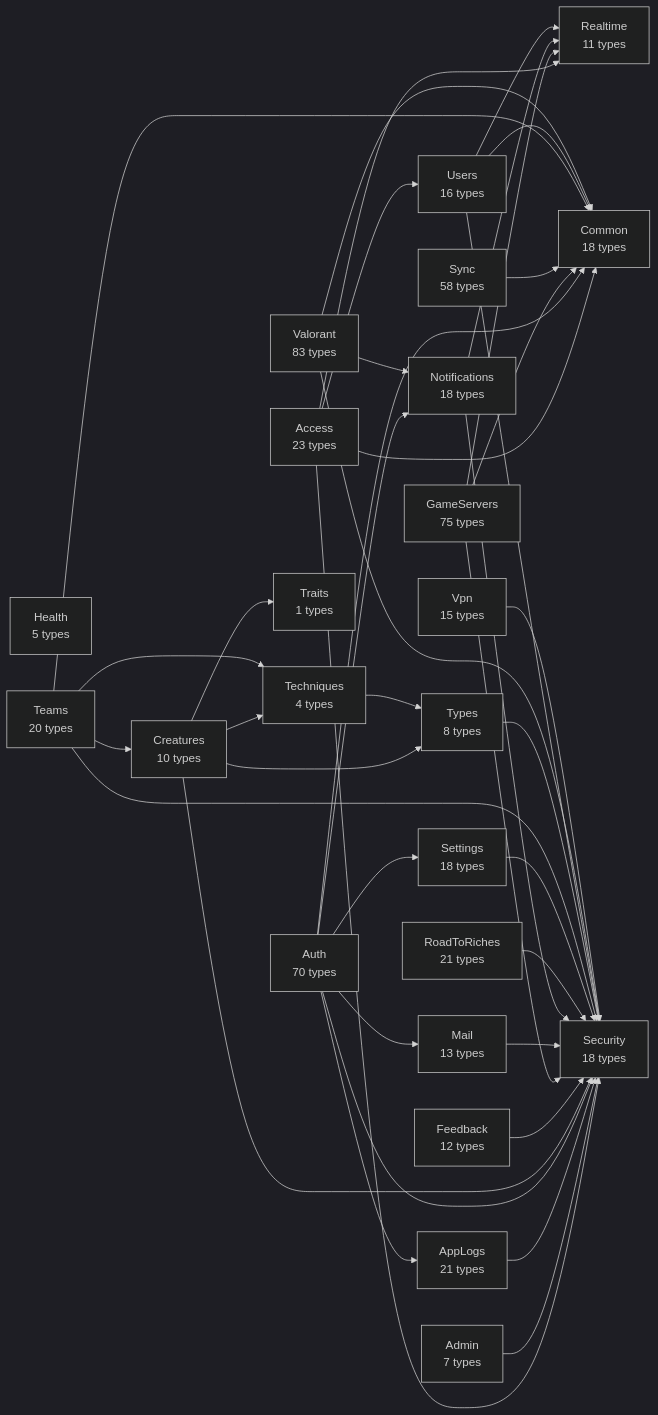
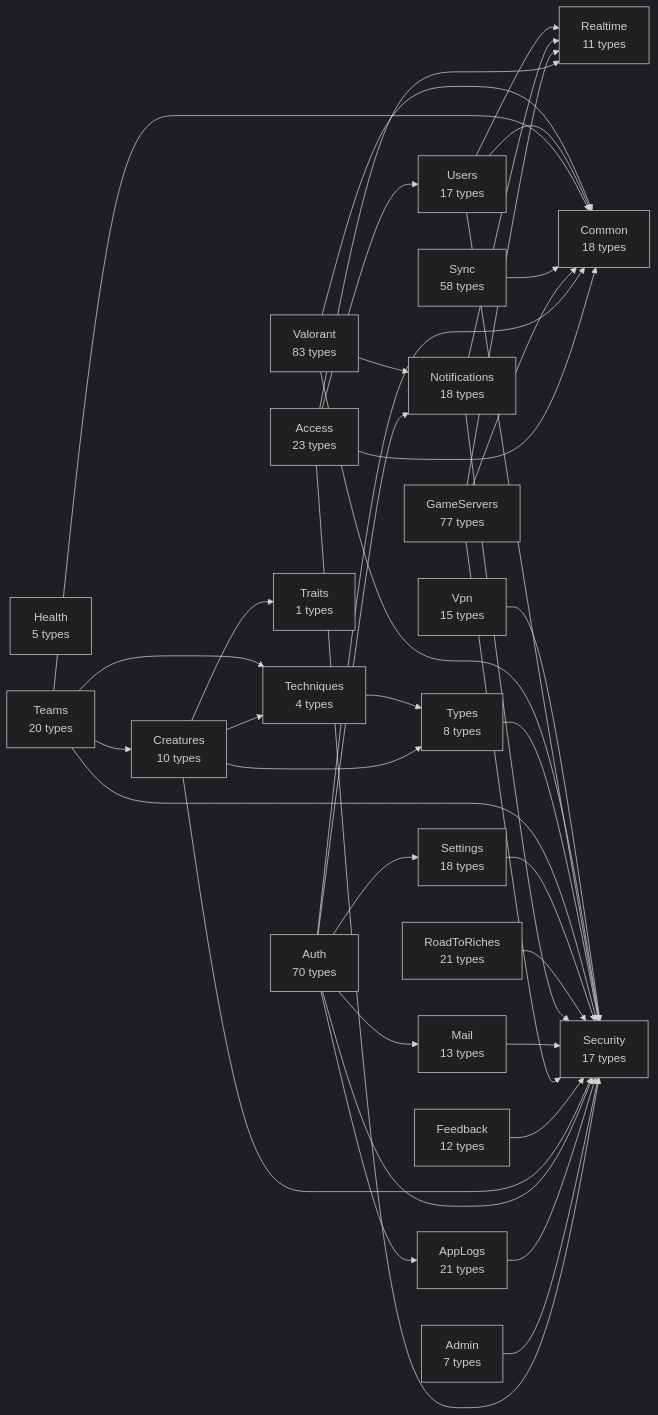
The diagram in api/docs/diagrams/00-modules.md (huiitre/Tools-app), drawn with Mermaid (dark theme) before and after one commit. The commit also changed 42 other files, not shown here.

````diff
--- a/api/docs/diagrams/00-modules.md
+++ b/api/docs/diagrams/00-modules.md
@@ -5,65 +5,65 @@
 ```mermaid
 flowchart LR
   Access["Access<br/>23 types"]
   Admin["Admin<br/>7 types"]
   AppLogs["AppLogs<br/>21 types"]
   Auth["Auth<br/>70 types"]
   Common["Common<br/>18 types"]
   Creatures["Creatures<br/>10 types"]
   Feedback["Feedback<br/>12 types"]
-  GameServers["GameServers<br/>75 types"]
+  GameServers["GameServers<br/>77 types"]
   Health["Health<br/>5 types"]
   Mail["Mail<br/>13 types"]
   Notifications["Notifications<br/>18 types"]
   Realtime["Realtime<br/>11 types"]
   RoadToRiches["RoadToRiches<br/>21 types"]
-  Security["Security<br/>18 types"]
+  Security["Security<br/>17 types"]
   Settings["Settings<br/>18 types"]
   Sync["Sync<br/>58 types"]
   Teams["Teams<br/>20 types"]
   Techniques["Techniques<br/>4 types"]
   Traits["Traits<br/>1 types"]
   Types["Types<br/>8 types"]
-  Users["Users<br/>16 types"]
+  Users["Users<br/>17 types"]
   Valorant["Valorant<br/>83 types"]
   Vpn["Vpn<br/>15 types"]
   Access --> Common
   Access --> Realtime
   Access --> Security
   Access --> Users
   Admin --> Security
   AppLogs --> Security
   Auth --> AppLogs
   Auth --> Common
   Auth --> Mail
   Auth --> Notifications
   Auth --> Security
   Auth --> Settings
   Creatures --> Security
   Creatures --> Techniques
   Creatures --> Traits
   Creatures --> Types
   Feedback --> Security
   GameServers --> Common
   GameServers --> Realtime
   GameServers --> Security
   Mail --> Security
   Notifications --> Realtime
   Notifications --> Security
   RoadToRiches --> Security
   Settings --> Security
   Sync --> Common
   Teams --> Common
   Teams --> Creatures
   Teams --> Security
   Teams --> Techniques
   Techniques --> Types
   Types --> Security
   Users --> Common
   Users --> Realtime
   Users --> Security
   Valorant --> Common
   Valorant --> Notifications
   Valorant --> Security
   Vpn --> Security
 ```
````
